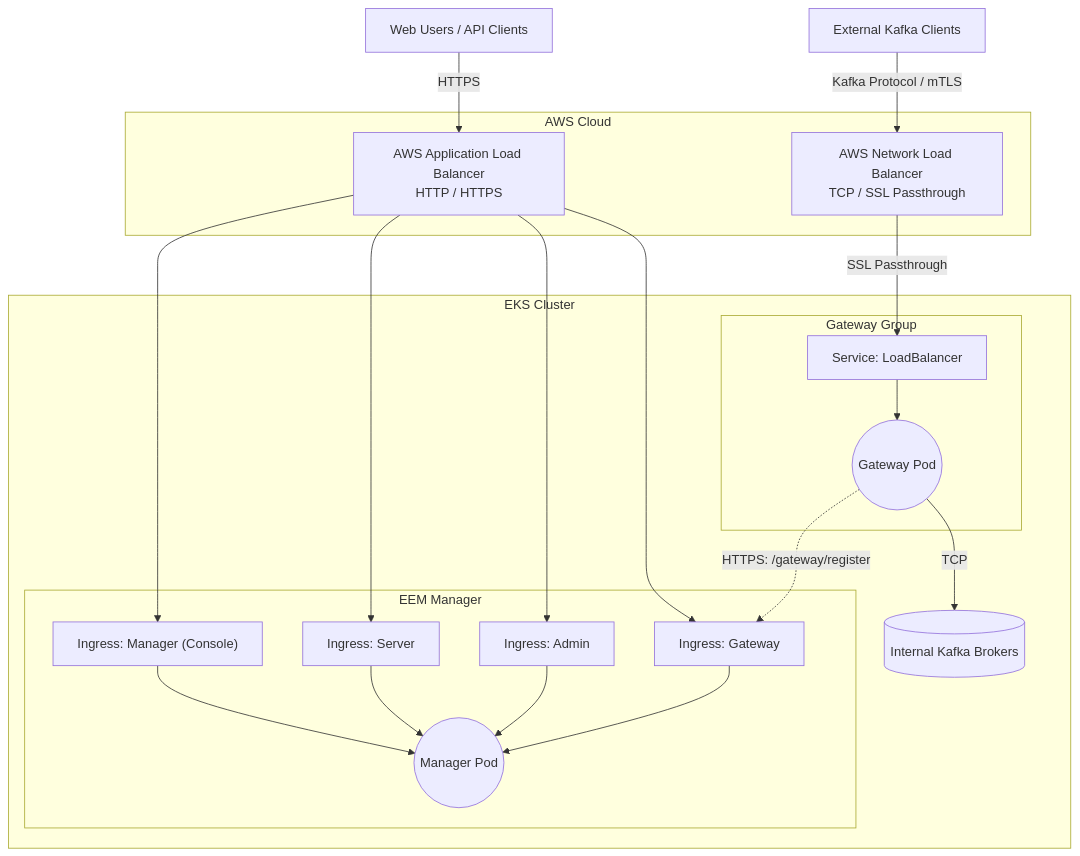
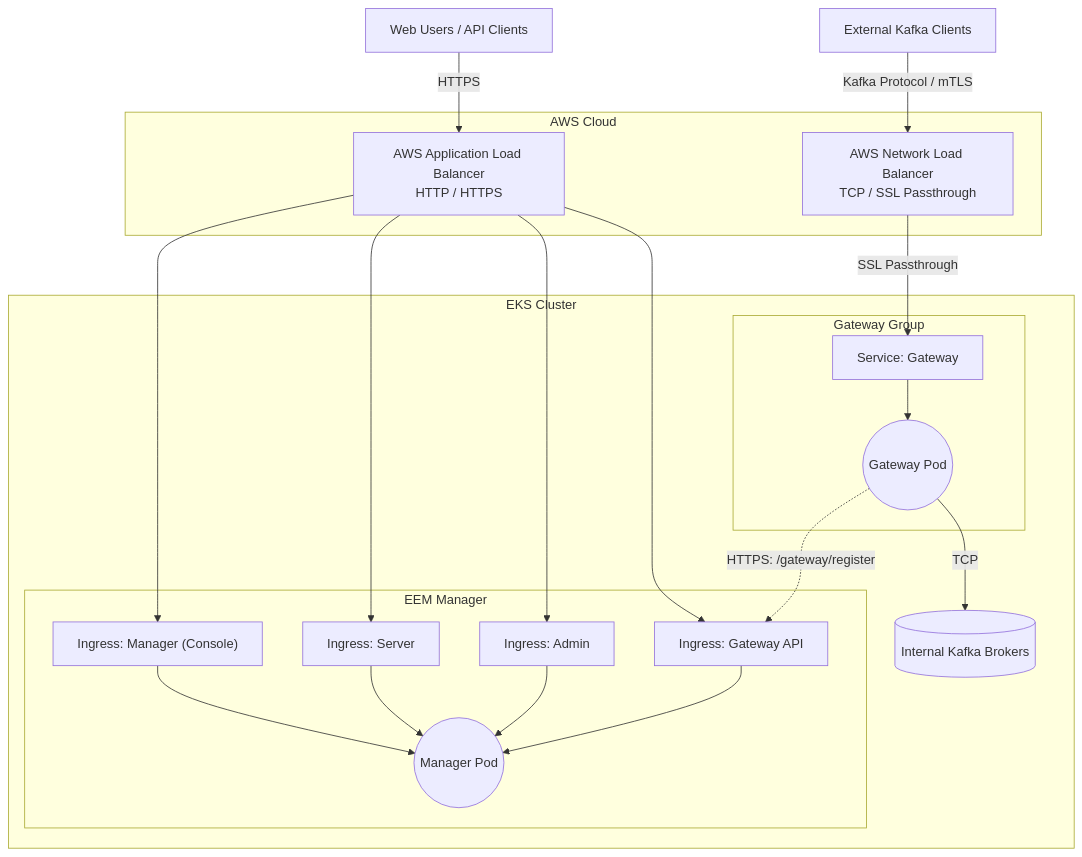
Before and after one commit to ibm-fsm/solution-eks-eem: the diagram in src/solution_overview/environment.qmd, drawn with Mermaid. The commit also changed other lines of this file and 3 other files, not shown here.

Commit message:
docs: expand environment architecture and update infrastructure specifications

````diff
--- a/src/solution_overview/environment.qmd
+++ b/src/solution_overview/environment.qmd
@@ -11,55 +22,55 @@
 ```{mermaid}
 graph TD
     %% External Entities
     WebClient[Web Users / API Clients]
     KafkaClient[External Kafka Clients]
 
     subgraph AWS[AWS Cloud]
         ALB[AWS Application Load Balancer<br>HTTP / HTTPS]
         NLB[AWS Network Load Balancer<br>TCP / SSL Passthrough]
     end
 
     subgraph EKS[EKS Cluster]
         
         subgraph ManagerGroup[EEM Manager]
             IngressUI["Ingress: Manager (Console)"]
             IngressAPI[Ingress: Server]
             IngressAdmin[Ingress: Admin]
-            IngressAuth[Ingress: Gateway]
+            IngressAuth[Ingress: Gateway API]
             MgrPods((Manager Pod))
             
             IngressUI --> MgrPods
             IngressAPI --> MgrPods
             IngressAdmin --> MgrPods
             IngressAuth --> MgrPods
         end
 
         subgraph GatewayGrp[Gateway Group]
-            GwService[Service: LoadBalancer]
+            GwService[Service: Gateway]
             GwPods((Gateway Pod))
             
             GwService --> GwPods
         end
         
         Kafka[(Internal Kafka Brokers)]
     end
 
     %% Client Routing to Load Balancers
     WebClient -->|HTTPS| ALB
     KafkaClient -->|Kafka Protocol / mTLS| NLB
 
     %% Load Balancer Routing to Kubernetes Resources
     ALB --> IngressUI
     ALB --> IngressAPI
     ALB --> IngressAdmin
     ALB --> IngressAuth
     
     %% NLB Routing
     NLB -->|SSL Passthrough| GwService
 
     %% Internal Gateway to Kafka Routing
     GwPods -->|TCP| Kafka
 
     %% Control Plane / Gateway Registration Routing
     GwPods -.->|HTTPS: /gateway/register| IngressAuth
 ```
````
